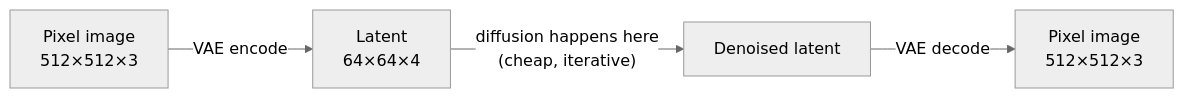
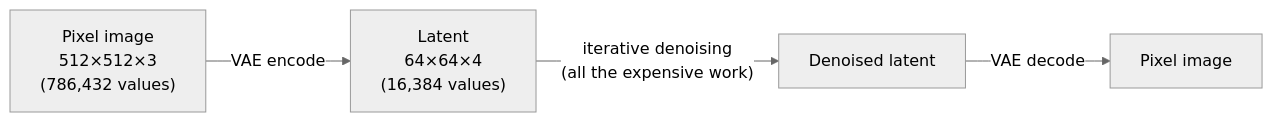
The first of 7 diagrams in github-pages/docs/ai-ml/stable-diffusion-fundamentals.md (AndrewAltimit/Documentation), drawn with Mermaid (neutral theme) before and after one commit. The commit also changed other lines of this file and 240 other files, not shown here.

````diff
--- a/github-pages/docs/ai-ml/stable-diffusion-fundamentals.md
+++ b/github-pages/docs/ai-ml/stable-diffusion-fundamentals.md
@@ -36,6 +22,6 @@
 ```mermaid
 flowchart LR
-    Px["Pixel image<br/>512×512×3"] -- "VAE encode" --> Lat["Latent<br/>64×64×4"]
-    Lat -- "diffusion happens here<br/>(cheap, iterative)" --> Lat2["Denoised latent"]
-    Lat2 -- "VAE decode" --> Px2["Pixel image<br/>512×512×3"]
+    Px["Pixel image<br/>512×512×3<br/>(786,432 values)"] -- "VAE encode" --> Lat["Latent<br/>64×64×4<br/>(16,384 values)"]
+    Lat -- "iterative denoising<br/>(all the expensive work)" --> Lat2["Denoised latent"]
+    Lat2 -- "VAE decode" --> Px2["Pixel image"]
 ```
````
